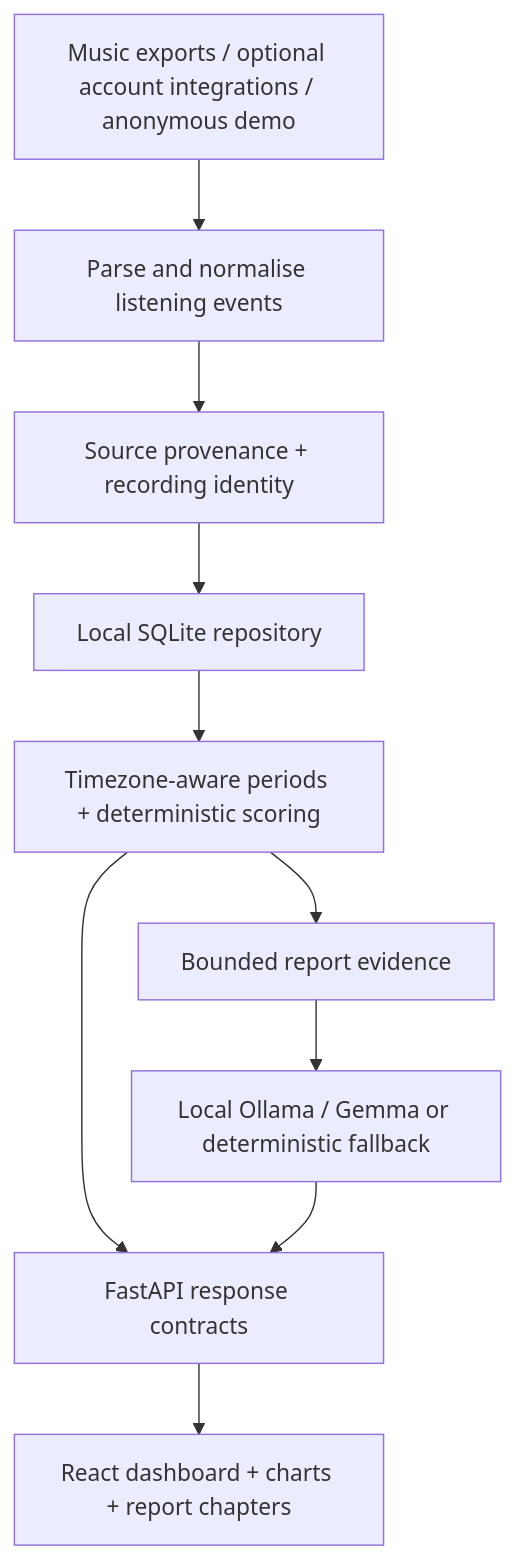
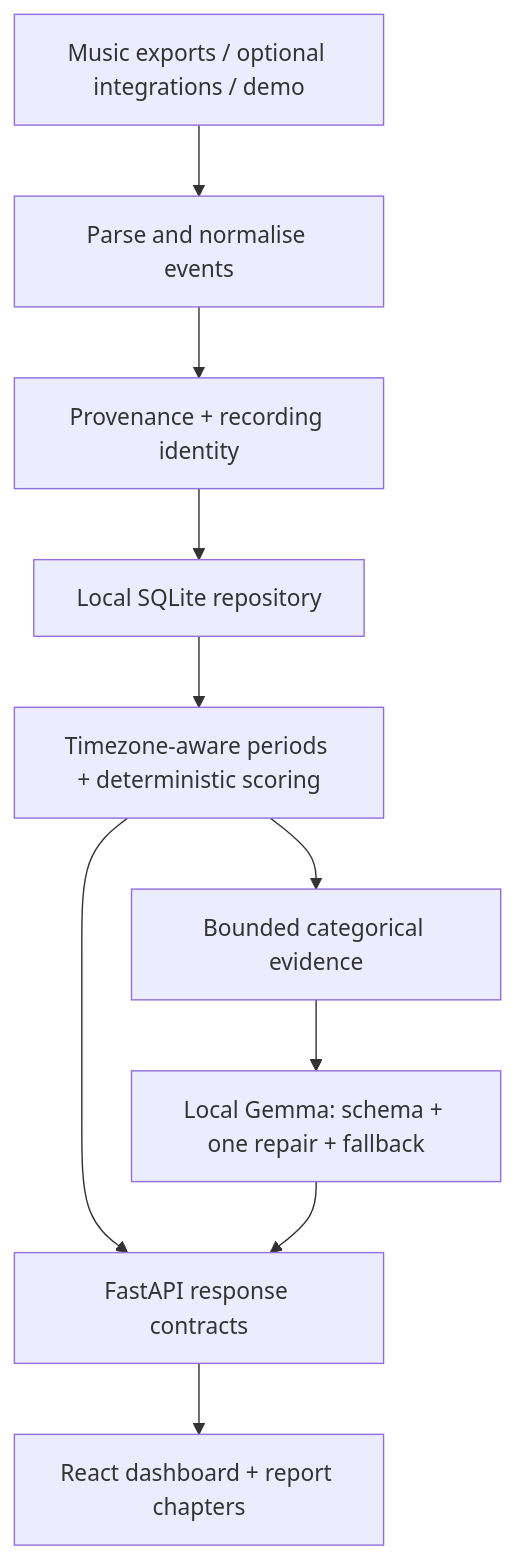
One commit to aidanchan0623/Saville-Music-Persona-Demo changed the diagram in README.md. Above: the diagram before and after it, drawn with Mermaid. The commit also changed other lines of this file and 11 other files, not shown here.

Commit message:
Present real listening results, screenshots and reproducible demo data

````diff
--- a/README.md
+++ b/README.md
@@ -66,12 +83,12 @@
 ```mermaid
 flowchart TD
-    Inputs["Music exports / optional account integrations / anonymous demo"] --> Import["Parse and normalise listening events"]
-    Import --> Identity["Source provenance + recording identity"]
+    Inputs["Music exports / optional integrations / demo"] --> Import["Parse and normalise events"]
+    Import --> Identity["Provenance + recording identity"]
     Identity --> Storage["Local SQLite repository"]
     Storage --> Analytics["Timezone-aware periods + deterministic scoring"]
     Analytics --> API["FastAPI response contracts"]
-    API --> UI["React dashboard + charts + report chapters"]
-    Analytics --> Evidence["Bounded report evidence"]
-    Evidence --> Language["Local Ollama / Gemma or deterministic fallback"]
+    API --> UI["React dashboard + report chapters"]
+    Analytics --> Evidence["Bounded categorical evidence"]
+    Evidence --> Language["Local Gemma: schema + one repair + fallback"]
     Language --> API
 ```
````
